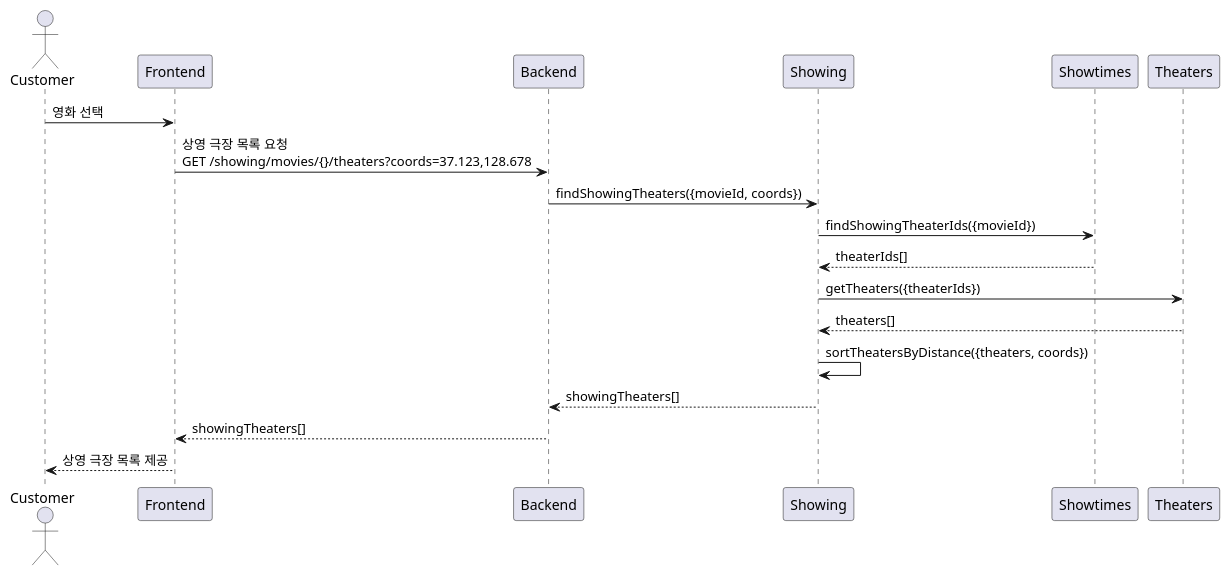
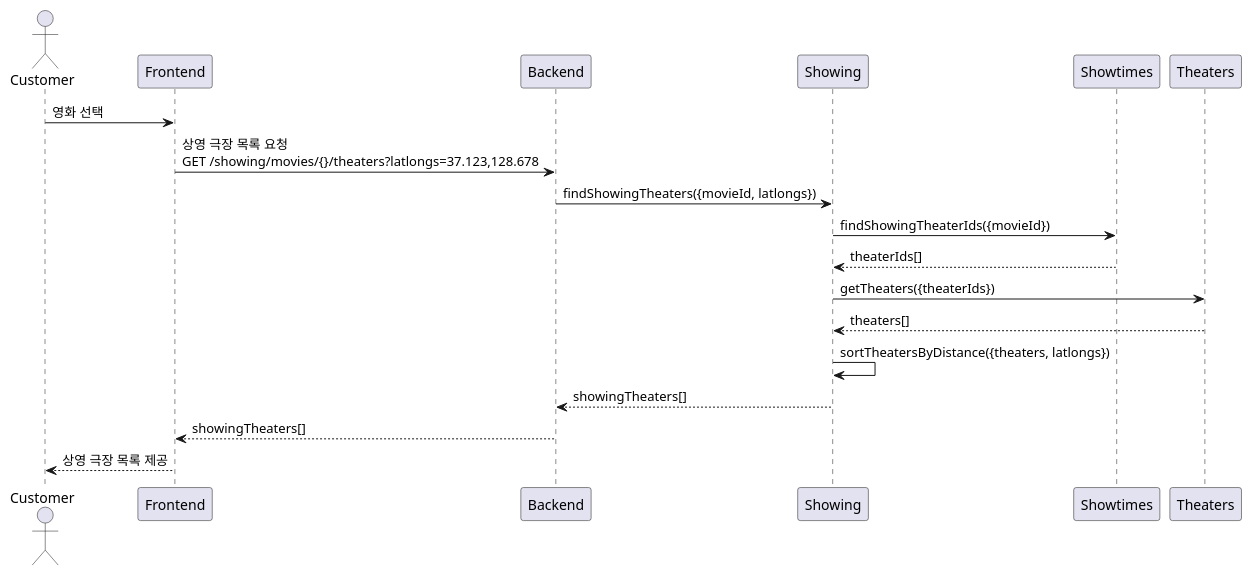
One commit to hunjuly/nest-seed changed the second of 7 diagrams in docs/tickets-purchase.md. Above: the diagram before and after it, drawn with PlantUML. The commit also changed 10 other files, not shown here.

````diff
--- a/docs/tickets-purchase.md
+++ b/docs/tickets-purchase.md
@@ -93,17 +93,17 @@
 ```plantuml
 @startuml
 actor Customer
 
 Customer -> Frontend : 영화 선택
-    Frontend -> Backend : 상영 극장 목록 요청\nGET /showing/movies/{}/theaters?coords=37.123,128.678
-        Backend -> Showing: findShowingTheaters({movieId, coords})
+    Frontend -> Backend : 상영 극장 목록 요청\nGET /showing/movies/{}/theaters?latlongs=37.123,128.678
+        Backend -> Showing: findShowingTheaters({movieId, latlongs})
             Showing -> Showtimes: findShowingTheaterIds({movieId})
             Showing <-- Showtimes: theaterIds[]
             Showing -> Theaters: getTheaters({theaterIds})
             Showing <-- Theaters: theaters[]
-            Showing -> Showing: sortTheatersByDistance({theaters, coords})
+            Showing -> Showing: sortTheatersByDistance({theaters, latlongs})
         Backend <-- Showing: showingTheaters[]
     Frontend <-- Backend : showingTheaters[]
 Customer <-- Frontend : 상영 극장 목록 제공
 @enduml
 ```
````
